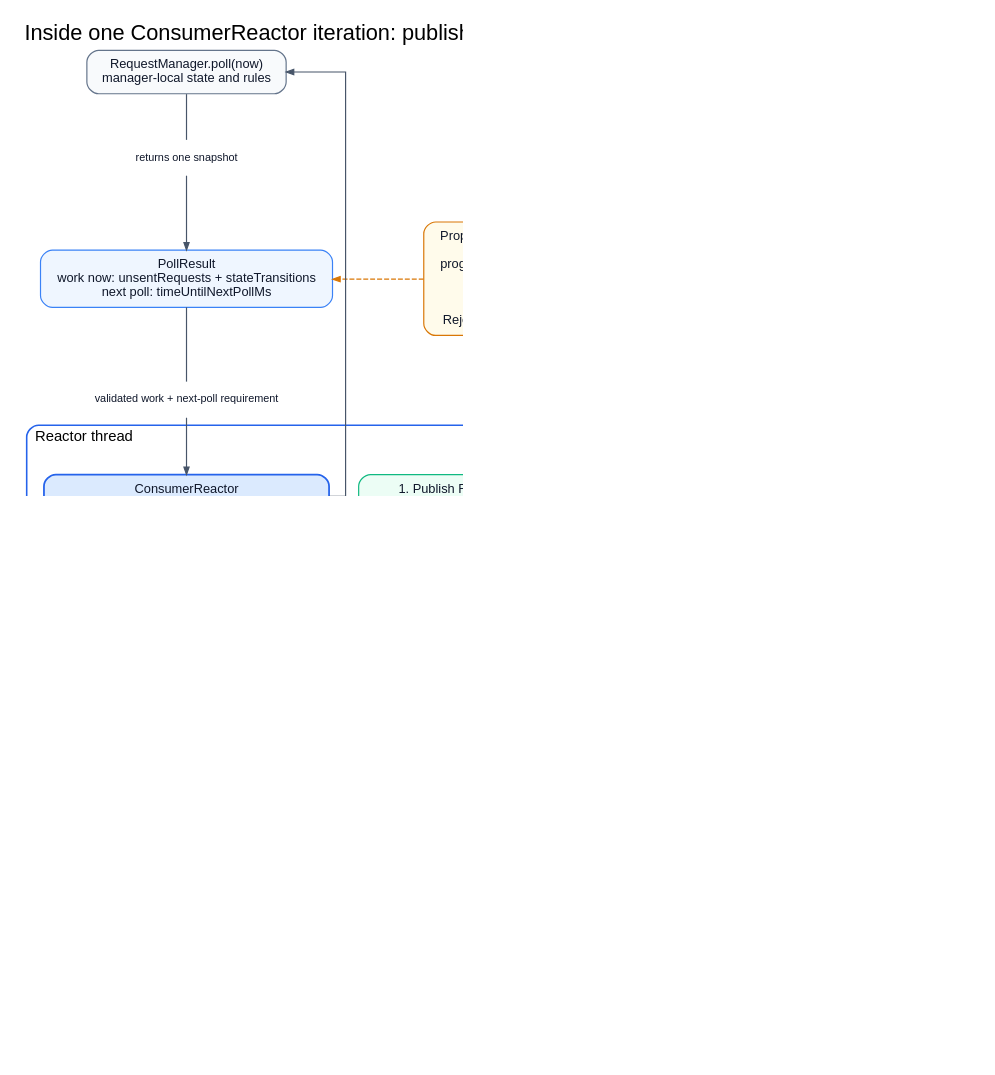
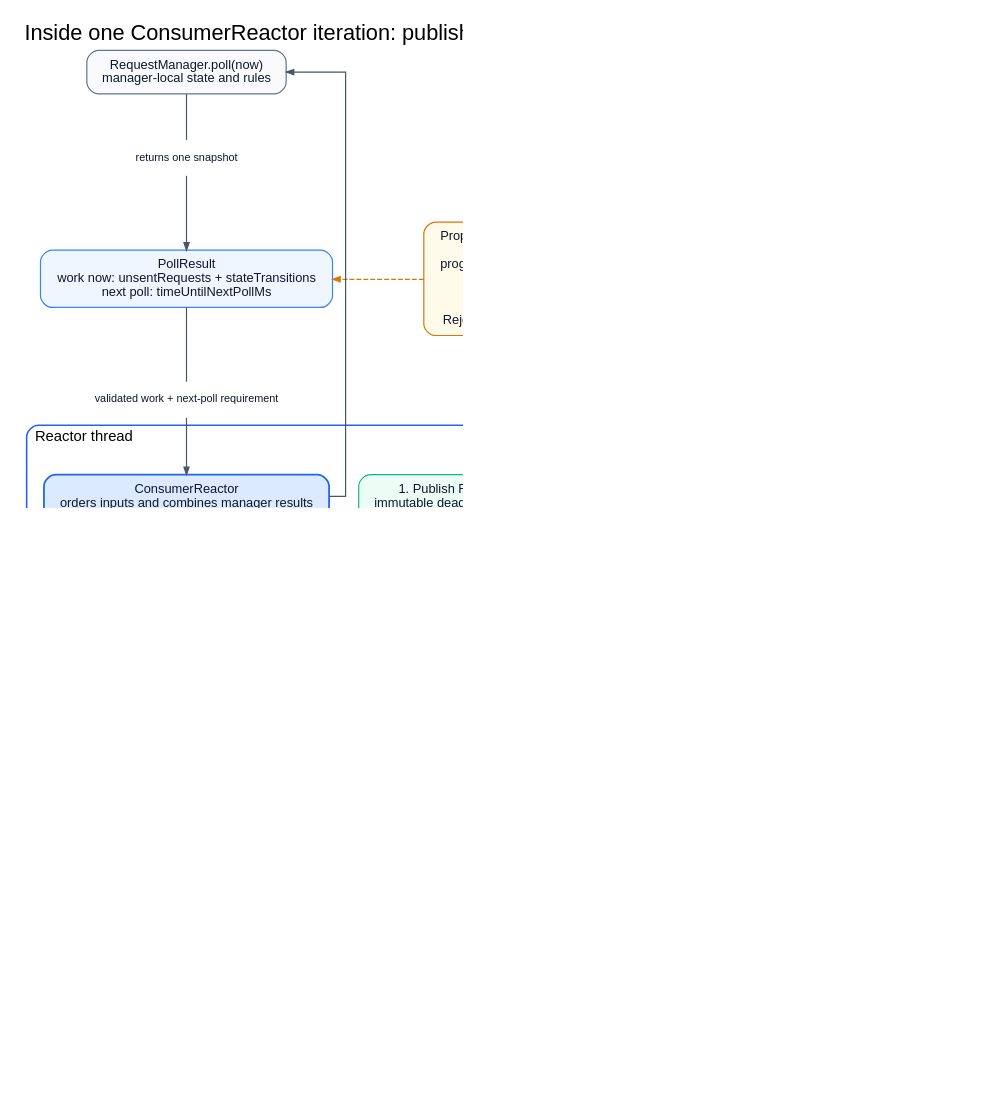
Before and after one commit to unknowntpo/kafka: the diagram in docs/images/kip-1371-reactor-action-ownership.dot, drawn with Graphviz. The commit also changed 8 other files, not shown here.

```diff
--- a/docs/images/kip-1371-reactor-action-ownership.dot
+++ b/docs/images/kip-1371-reactor-action-ownership.dot
@@ -1,165 +1,165 @@
 // Licensed to the Apache Software Foundation (ASF) under one or more
 // contributor license agreements. See the NOTICE file distributed with
 // this work for additional information regarding copyright ownership.
 // The ASF licenses this file to You under the Apache License, Version 2.0
 // (the "License"); you may not use this file except in compliance with
 // the License. You may obtain a copy of the License at
 //
 //    http://www.apache.org/licenses/LICENSE-2.0
 //
 // Unless required by applicable law or agreed to in writing, software
 // distributed under the License is distributed on an "AS IS" BASIS,
 // WITHOUT WARRANTIES OR CONDITIONS OF ANY KIND, either express or implied.
 // See the License for the specific language governing permissions and
 // limitations under the License.
 
 digraph ConsumerReactorActionOwnership {
   graph [
     bgcolor="white",
     fontname="Arial",
     fontsize=22,
     label="Inside one ConsumerReactor iteration: publish schedule, then execute actions",
     labelloc="t",
     labeljust="l",
     dpi=160,
     nodesep=0.42,
     ranksep=0.65,
     pad=0.25,
     splines=ortho
   ];
 
   node [
     shape=box,
     style="rounded,filled",
     fontname="Arial",
     fontsize=13,
     color="#64748b",
     fillcolor="#f8fafc",
     fontcolor="#0f172a",
     margin="0.16,0.11",
     penwidth=1.2
   ];
 
   edge [
     fontname="Arial",
     fontsize=11,
     color="#475569",
     fontcolor="#334155",
     arrowsize=0.75,
     penwidth=1.2
   ];
 
   manager [label="RequestManager.poll(now)\nmanager-local state and rules"];
   result [
     label="PollResult\nwork now: unsentRequests + stateTransitions\nnext poll: timeUntilNextPollMs",
     fillcolor="#eff6ff",
     color="#3b82f6"
   ];
   result_factories [
     label="Proposed PollResult factory methods\nconstruct and validate:\nprogress(requests, transitions, delay)\nretryAfter(delayMs)\nawaitEvent()\n\nRejected: no work + immediate retry",
     fillcolor="#fffbeb",
     color="#d97706"
   ];
 
   subgraph cluster_reactor {
     label="Reactor thread";
     labelloc="t";
     labeljust="l";
     fontsize=15;
     fontname="Arial";
     color="#2563eb";
     penwidth=1.6;
     style="rounded";
     margin=18;
 
     reactor [
       label="ConsumerReactor\norders inputs and combines manager results",
       fillcolor="#dbeafe",
       color="#2563eb",
       penwidth=1.8
     ];
     schedule [
       label="1. Publish ReactorSchedule\nimmutable deadlines and generation",
       fillcolor="#ecfdf5",
       color="#10b981"
     ];
     executor [
       label="2. ConsumerReactor.executeReactorActions()\nderive or collect, deduplicate equivalent actions,\nand execute after publication",
       fillcolor="#f5f3ff",
       color="#8b5cf6",
       penwidth=1.6
     ];
   }
 
   network [
     label="NetworkClientDelegate\ndirect request handoff",
     fillcolor="#fff7ed",
     color="#f97316"
   ];
 
   actions [
-    label="3. Application-visible effects\nCOMPLETE_ASYNC_POLL\nNOTIFY_METADATA_ERROR\nWAKE_APPLICATION (last)",
+    label="3. Ordered phase effects\nMARK_ASYNC_POLL_RECONCILIATION_COMPLETE\nMARK_ASYNC_POLL_VALIDATE_POSITIONS_COMPLETE\nCOMPLETE_ASYNC_POLL\nNOTIFY_METADATA_ERROR\nWAKE_APPLICATION (last)",
     fillcolor="#faf5ff",
     color="#a855f7"
   ];
   event_destinations [
     label="Event completion destinations\nAsyncPollEvent\nMetadataErrorNotifiableEvent",
     fillcolor="#f8fafc",
     color="#64748b"
   ];
   wake_router [
     label="RequestManagers\nWAKE_APPLICATION routing only",
     fillcolor="#f8fafc",
     color="#64748b"
   ];
   wait_destinations [
     label="Application wait destinations\nFetchBuffer / ShareFetchBuffer",
     fillcolor="#f8fafc",
     color="#64748b"
   ];
 
   returned [label="returns one snapshot", shape=box, style=filled, fillcolor="white", color="white", fontsize=11, margin="0.05,0.03"];
   manager_facts [label="validated work + next-poll requirement", shape=box, style=filled, fillcolor="white", color="white", fontsize=11, margin="0.05,0.03"];
   publish_first [label="publish first", shape=box, style=filled, fillcolor="white", color="white", fontsize=11, margin="0.05,0.03"];
   published [label="published state is visible", shape=box, style=filled, fillcolor="white", color="white", fontsize=11, margin="0.05,0.03"];
   execute [label="execute on reactor thread", shape=box, style=filled, fillcolor="white", color="white", fontsize=11, margin="0.05,0.03"];
   complete_event [label="complete or fail the input event", shape=box, style=filled, fillcolor="white", color="white", fontsize=11, margin="0.05,0.03"];
   route_wakeup [label="WAKE_APPLICATION only", shape=box, style=filled, fillcolor="white", color="white", fontsize=11, margin="0.05,0.03"];
   wake_waiter [label="dispatch by consumer type", shape=box, style=filled, fillcolor="white", color="white", fontsize=11, margin="0.05,0.03"];
   request_handoff [
     label="unsentRequests\n(not a ReactorAction)",
     shape=box,
     style=filled,
     fillcolor="white",
     color="white",
     fontcolor="#c2410c",
     fontsize=11,
     margin="0.05,0.03"
   ];
 
   manager -> returned [arrowhead=none];
   returned -> result;
   { rank=same; result; result_factories; }
   result_factories -> result [style=dashed, constraint=false, color="#d97706"];
   result -> manager_facts [arrowhead=none];
   manager_facts -> reactor;
   reactor -> manager [constraint=false];
   reactor -> publish_first [arrowhead=none];
   publish_first -> schedule;
   schedule -> published [arrowhead=none];
   published -> executor;
   executor -> execute [arrowhead=none];
   execute -> actions;
   actions -> complete_event [arrowhead=none];
   complete_event -> event_destinations;
   actions -> route_wakeup [arrowhead=none];
   route_wakeup -> wake_router;
   wake_router -> wake_waiter [arrowhead=none];
   wake_waiter -> wait_destinations;
   reactor -> request_handoff [
     arrowhead=none,
     color="#f97316",
     fontcolor="#c2410c"
   ];
   request_handoff -> network [color="#f97316"];
 }
```
